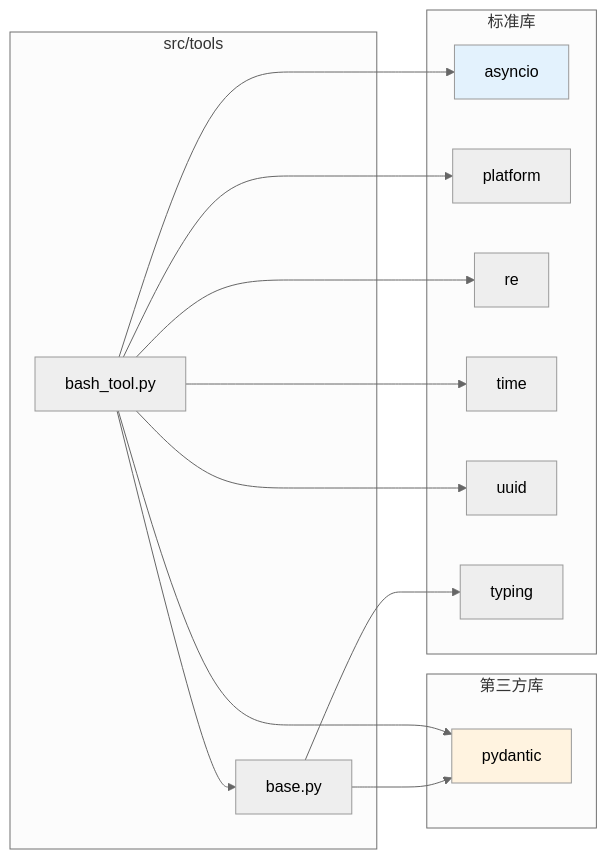
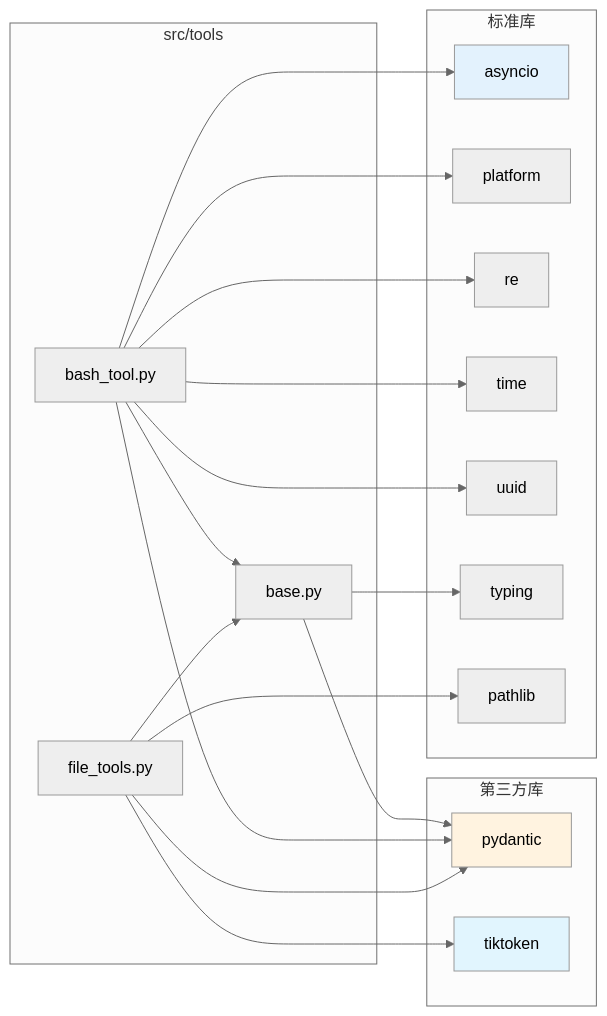
Before and after one commit to Argobell/gopilot-cli: the eighth of 8 diagrams in docs/tools/架构设计.md, drawn with Mermaid (neutral theme). The commit also changed other lines of this file and 12 other files, not shown here.

````diff
--- a/docs/tools/架构设计.md
+++ b/docs/tools/架构设计.md
@@ -565,34 +712,43 @@
 ```mermaid
 graph LR
     subgraph "标准库"
         AsyncIO[asyncio]
         Platform[platform]
         RE[re]
         Time[time]
         UUID[uuid]
         Typing[typing]
+        Pathlib[pathlib]
     end
 
     subgraph "第三方库"
         Pydantic[pydantic]
+        Tiktoken[tiktoken]
     end
 
     subgraph "src/tools"
         Base[base.py]
         BashTool[bash_tool.py]
+        FileTools[file_tools.py]
     end
 
     Base --> Typing
     Base --> Pydantic
 
     BashTool --> Base
     BashTool --> AsyncIO
     BashTool --> Platform
     BashTool --> RE
     BashTool --> Time
     BashTool --> UUID
     BashTool --> Pydantic
 
+    FileTools --> Base
+    FileTools --> Pathlib
+    FileTools --> Tiktoken
+    FileTools --> Pydantic
+
     style AsyncIO fill:#e3f2fd
     style Pydantic fill:#fff3e0
+    style Tiktoken fill:#e1f5fe
 ```
````
